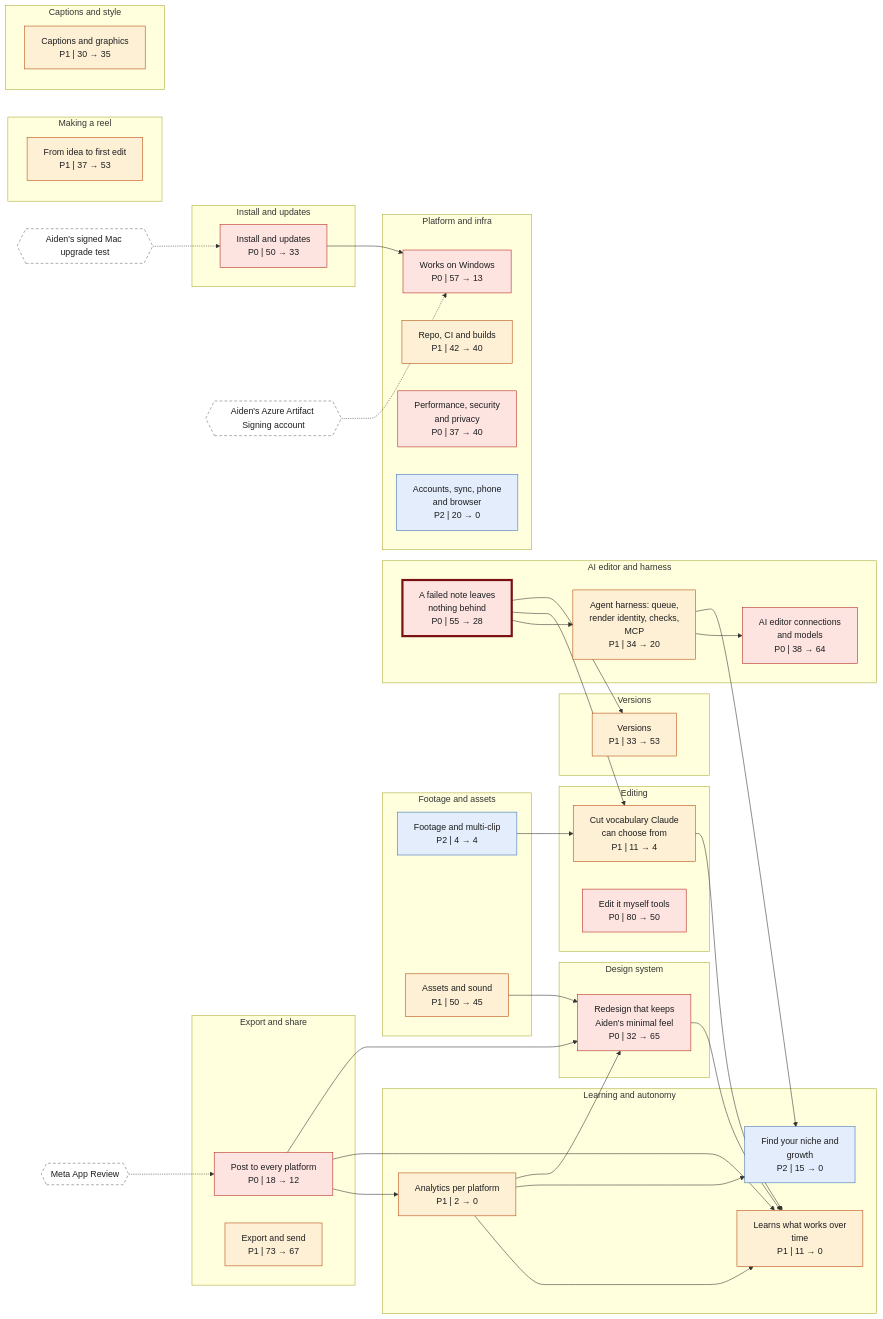
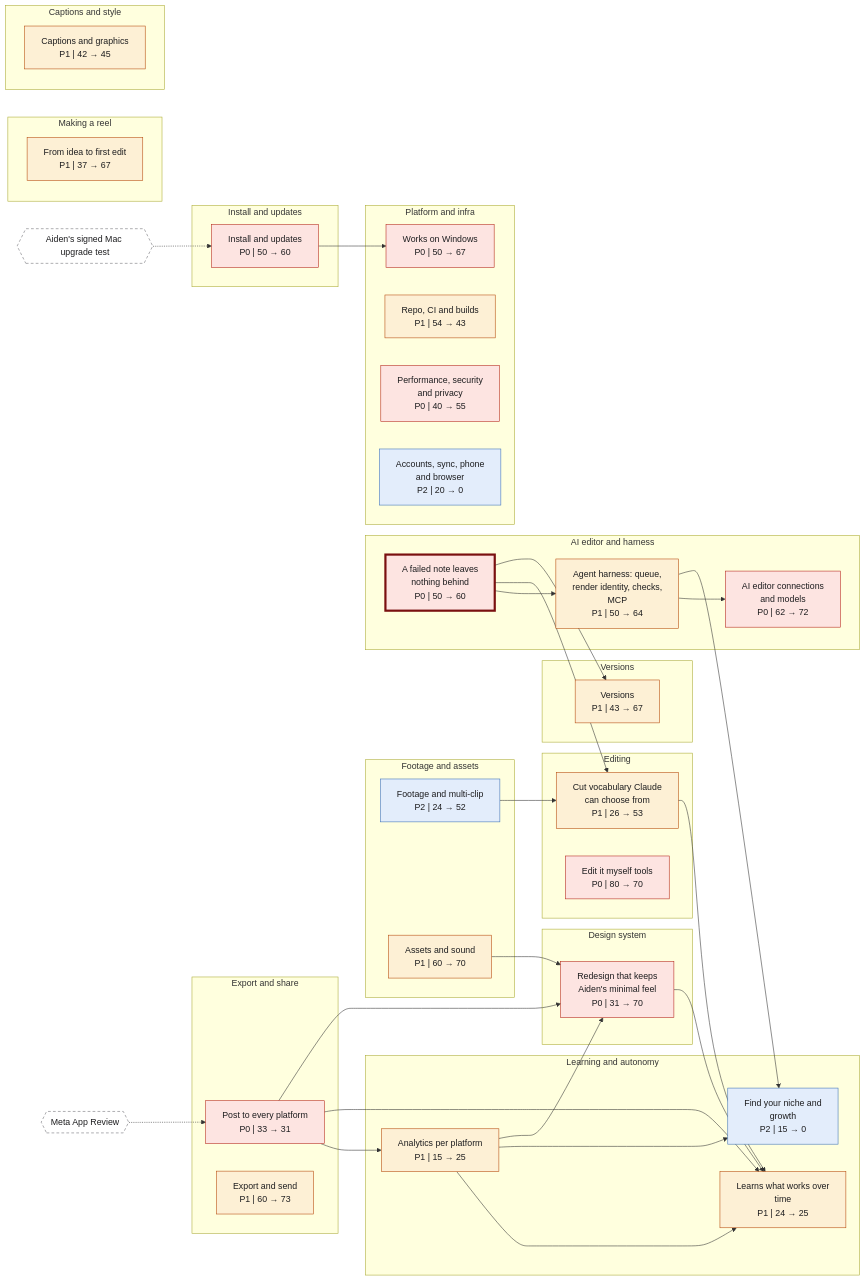
Before and after one commit to SamGu-NRX/reel-studio-app: the first of 8 diagrams in roadmap-graphs.md, drawn with Mermaid. The commit also changed other lines of this file and 7 other files, not shown here.

First line of the commit message:
docs: roadmap snapshot 2026-11-05

````diff
--- a/roadmap-graphs.md
+++ b/roadmap-graphs.md
@@ -7,81 +7,80 @@
 ```mermaid
 flowchart LR
     subgraph area0["Making a reel"]
-        n_ep_making["From idea to first edit<br/>P1 | 37 → 53"]
+        n_ep_making["From idea to first edit<br/>P1 | 37 → 67"]
     end
     subgraph area1["Editing"]
-        n_cut_vocab["Cut vocabulary Claude<br/>can choose from<br/>P1 | 11 → 4"]
-        n_ep_editing["Edit it myself tools<br/>P0 | 80 → 50"]
+        n_cut_vocab["Cut vocabulary Claude<br/>can choose from<br/>P1 | 26 → 53"]
+        n_ep_editing["Edit it myself tools<br/>P0 | 80 → 70"]
     end
     subgraph area2["Captions and style"]
-        n_ep_captions["Captions and graphics<br/>P1 | 30 → 35"]
+        n_ep_captions["Captions and graphics<br/>P1 | 42 → 45"]
     end
     subgraph area3["Versions"]
-        n_ep_versions["Versions<br/>P1 | 33 → 53"]
+        n_ep_versions["Versions<br/>P1 | 43 → 67"]
     end
     subgraph area4["Export and share"]
-        n_multi_platform["Post to every platform<br/>P0 | 18 → 12"]
-        n_ep_export["Export and send<br/>P1 | 73 → 67"]
+        n_multi_platform["Post to every platform<br/>P0 | 33 → 31"]
+        n_ep_export["Export and send<br/>P1 | 60 → 73"]
     end
     subgraph area5["Footage and assets"]
-        n_ep_footage["Footage and multi-clip<br/>P2 | 4 → 4"]
-        n_ep_assets["Assets and sound<br/>P1 | 50 → 45"]
+        n_ep_footage["Footage and multi-clip<br/>P2 | 24 → 52"]
+        n_ep_assets["Assets and sound<br/>P1 | 60 → 70"]
     end
     subgraph area6["AI editor and harness"]
-        n_notes_all_or_nothing["A failed note leaves<br/>nothing behind<br/>P0 | 55 → 28"]
-        n_agent_harness["Agent harness: queue,<br/>render identity, checks,<br/>MCP<br/>P1 | 34 → 20"]
-        n_ep_ai_editor["AI editor connections<br/>and models<br/>P0 | 38 → 64"]
+        n_notes_all_or_nothing["A failed note leaves<br/>nothing behind<br/>P0 | 50 → 60"]
+        n_agent_harness["Agent harness: queue,<br/>render identity, checks,<br/>MCP<br/>P1 | 50 → 64"]
+        n_ep_ai_editor["AI editor connections<br/>and models<br/>P0 | 62 → 72"]
     end
     subgraph area7["Learning and autonomy"]
-        n_analytics["Analytics per platform<br/>P1 | 2 → 0"]
-        n_continual_learning["Learns what works over<br/>time<br/>P1 | 11 → 0"]
+        n_analytics["Analytics per platform<br/>P1 | 15 → 25"]
+        n_continual_learning["Learns what works over<br/>time<br/>P1 | 24 → 25"]
         n_ep_growth["Find your niche and<br/>growth<br/>P2 | 15 → 0"]
     end
     subgraph area8["Design system"]
-        n_tasteful_redesign["Redesign that keeps<br/>Aiden's minimal feel<br/>P0 | 32 → 65"]
+        n_tasteful_redesign["Redesign that keeps<br/>Aiden's minimal feel<br/>P0 | 31 → 70"]
     end
     subgraph area9["Install and updates"]
-        n_ep_install["Install and updates<br/>P0 | 50 → 33"]
+        n_ep_install["Install and updates<br/>P0 | 50 → 60"]
     end
     subgraph area10["Platform and infra"]
-        n_windows_support["Works on Windows<br/>P0 | 57 → 13"]
-        n_ep_repo["Repo, CI and builds<br/>P1 | 42 → 40"]
-        n_ep_quality["Performance, security<br/>and privacy<br/>P0 | 37 → 40"]
+        n_windows_support["Works on Windows<br/>P0 | 50 → 67"]
+        n_ep_repo["Repo, CI and builds<br/>P1 | 54 → 43"]
+        n_ep_quality["Performance, security<br/>and privacy<br/>P0 | 40 → 55"]
         n_ep_cloud["Accounts, sync, phone<br/>and browser<br/>P2 | 20 → 0"]
     end
-    x0{{"Aiden's Azure Artifact Signing account"}}
-    x0 -.-> n_windows_support
-    x1{{"Aiden's signed Mac upgrade test"}}
-    x1 -.-> n_ep_install
-    x2{{"Meta App Review"}}
-    x2 -.-> n_multi_platform
+    x0{{"Aiden's signed Mac upgrade test"}}
+    x0 -.-> n_ep_install
+    x1{{"Meta App Review"}}
+    x1 -.-> n_multi_platform
     n_agent_harness --> n_ep_ai_editor
     n_agent_harness --> n_ep_growth
     n_analytics --> n_continual_learning
     n_analytics --> n_ep_growth
     n_analytics --> n_tasteful_redesign
     n_cut_vocab --> n_continual_learning
     n_ep_assets --> n_tasteful_redesign
     n_ep_footage --> n_cut_vocab
     n_ep_install --> n_windows_support
     n_multi_platform --> n_analytics
     n_multi_platform --> n_continual_learning
     n_multi_platform --> n_tasteful_redesign
     n_notes_all_or_nothing --> n_agent_harness
     n_notes_all_or_nothing --> n_cut_vocab
     n_notes_all_or_nothing --> n_ep_versions
     n_tasteful_redesign --> n_continual_learning
     classDef p0 fill:#fde4e1,stroke:#b42318,color:#1d1d1f
     classDef p1 fill:#fdf0d5,stroke:#b54708,color:#1d1d1f
     classDef p2 fill:#e3edfb,stroke:#3b6fb6,color:#1d1d1f
     classDef p3 fill:#eeeeef,stroke:#8a8a8f,color:#1d1d1f
+    classDef dropped fill:#ffffff,stroke:#b0b0b5,color:#8a8a8f
     classDef outside fill:#ffffff,stroke:#b0b0b5,color:#6b6b70,stroke-dasharray:2 2
     classDef blocker fill:#ffffff,stroke:#6b6b70,color:#1d1d1f,stroke-dasharray:5 4
     classDef waits stroke-dasharray:5 4
     classDef hardest stroke:#7a1010,stroke-width:4px
     class n_multi_platform,n_notes_all_or_nothing,n_ep_ai_editor,n_ep_editing,n_tasteful_redesign,n_windows_support,n_ep_install,n_ep_quality p0
     class n_analytics,n_ep_export,n_continual_learning,n_agent_harness,n_ep_versions,n_ep_assets,n_cut_vocab,n_ep_captions,n_ep_making,n_ep_repo p1
     class n_ep_growth,n_ep_footage,n_ep_cloud p2
     class n_notes_all_or_nothing hardest
-    class x0,x1,x2 blocker
+    class x0,x1 blocker
 ```
````
